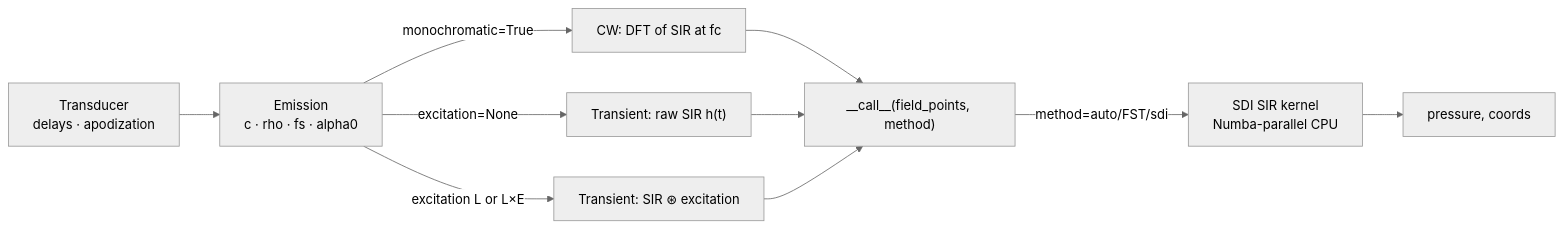
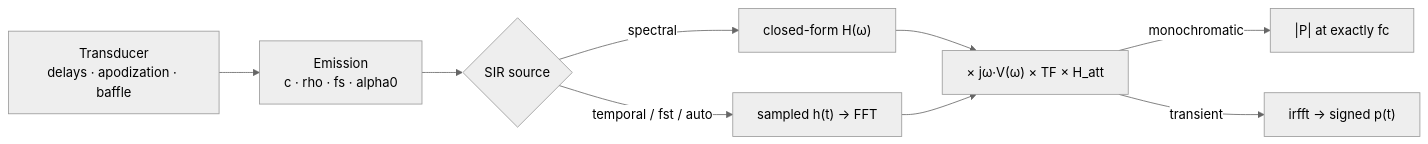
The diagram in docs/user-guide/emission.md (EstebanRivera08/eSDIva), drawn with Mermaid (neutral theme) before and after one commit. The commit also changed other lines of this file and 30 other files, not shown here.

First line of the commit message:
docs: spectral/temporal SIR, soft baffle, signed pascal emission; skills validation record

````diff
--- a/docs/user-guide/emission.md
+++ b/docs/user-guide/emission.md
@@ -24,12 +30,11 @@
 ```mermaid
 flowchart LR
-    T[Transducer<br/>delays · apodization] --> E[Emission<br/>c · rho · fs · alpha0]
-    E -->|monochromatic=True| CW[CW: DFT of SIR at fc]
-    E -->|excitation=None| IMP["Transient: raw SIR h(t)"]
-    E -->|excitation L or L×E| EXC[Transient: SIR ⊛ excitation]
-    CW --> C["__call__(field_points, method)"]
-    IMP --> C
-    EXC --> C
-    C -->|method=auto/FST/sdi| K[SDI SIR kernel<br/>Numba-parallel CPU]
-    K --> O[pressure, coords]
+    T[Transducer<br/>delays · apodization · baffle] --> E[Emission<br/>c · rho · fs · alpha0]
+    E --> S{SIR source}
+    S -->|spectral| H["closed-form H(ω)"]
+    S -->|temporal / fst / auto| h["sampled h(t) → FFT"]
+    H --> F["× jω·V(ω) × TF × H_att"]
+    h --> F
+    F -->|monochromatic| M["|P| at exactly fc"]
+    F -->|transient| I["irfft → signed p(t)"]
 ```
````
